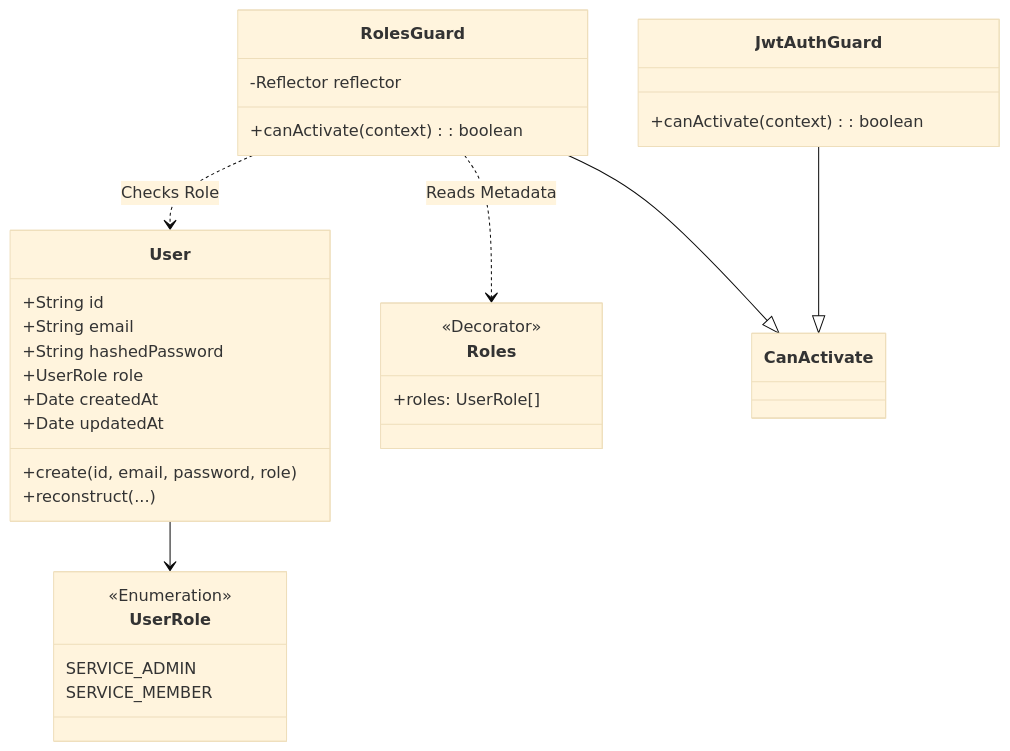
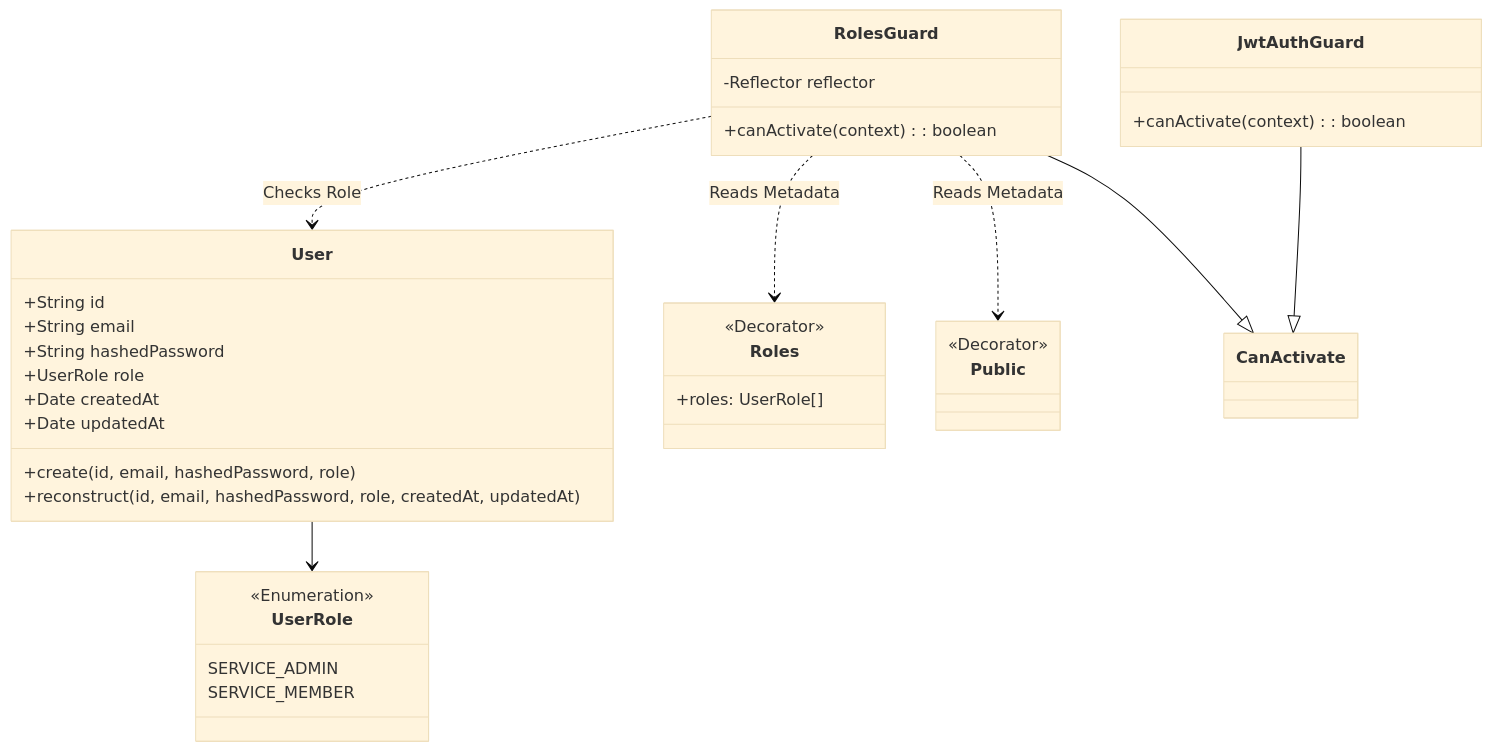
The first of 2 diagrams in docs/detailed-design/MWD-29_rbac-implementation/class-diagrams.md (kencom2400/MrWebDefence-Console), drawn with Mermaid (base theme) before and after one commit. The commit also changed other lines of this file and 4 other files, not shown here.

````diff
--- a/docs/detailed-design/MWD-29_rbac-implementation/class-diagrams.md
+++ b/docs/detailed-design/MWD-29_rbac-implementation/class-diagrams.md
@@ -5,39 +5,44 @@
 ```mermaid
 classDiagram
     class UserRole {
         <<Enumeration>>
         SERVICE_ADMIN
         SERVICE_MEMBER
     }
 
     class User {
         +String id
         +String email
         +String hashedPassword
         +UserRole role
         +Date createdAt
         +Date updatedAt
-        +create(id, email, password, role)
-        +reconstruct(...)
+        +create(id, email, hashedPassword, role)
+        +reconstruct(id, email, hashedPassword, role, createdAt, updatedAt)
     }
 
     class RolesGuard {
         -Reflector reflector
         +canActivate(context): boolean
     }
 
     class Roles {
         <<Decorator>>
         +roles: UserRole[]
     }
+    
+    class Public {
+        <<Decorator>>
+    }
 
     class JwtAuthGuard {
         +canActivate(context): boolean
     }
 
     User --> UserRole
     RolesGuard ..> Roles : Reads Metadata
+    RolesGuard ..> Public : Reads Metadata
     RolesGuard ..> User : Checks Role
     RolesGuard --|> CanActivate
     JwtAuthGuard --|> CanActivate
 ```
````
